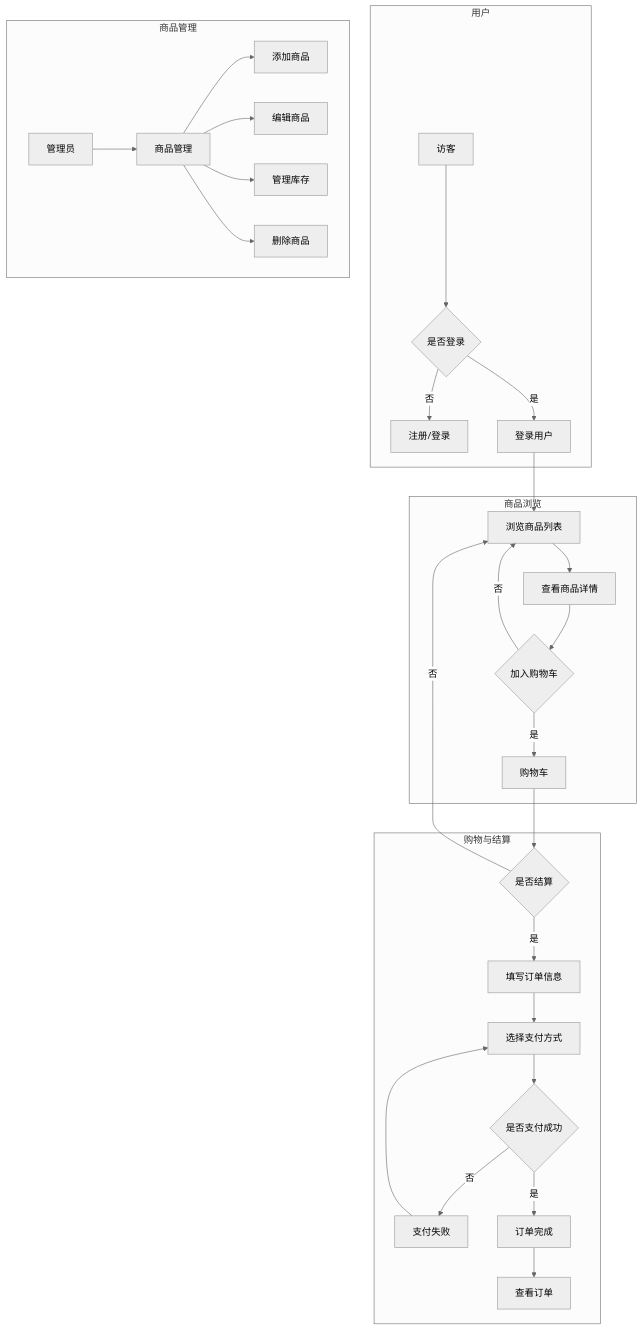
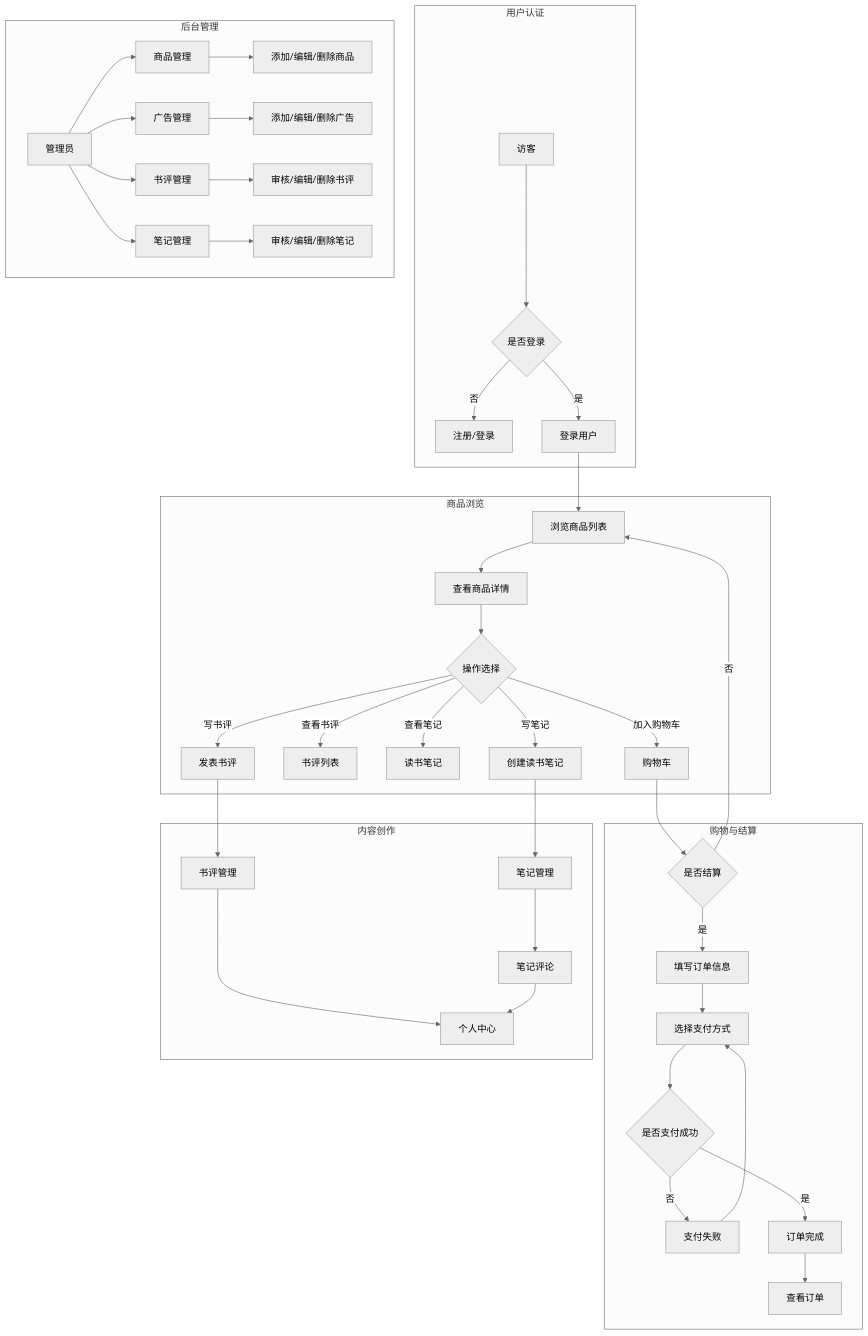
Before and after one commit to pilgrimlyieu/Tomato-Bookstore: the first of 7 diagrams in docs/lab/hci-design.md, drawn with Mermaid (neutral theme). The commit also changed other lines of this file and 15 other files, not shown here.

````diff
--- a/docs/lab/hci-design.md
+++ b/docs/lab/hci-design.md
@@ -37,36 +38,50 @@
 ```mermaid
 flowchart TD
-    subgraph 用户
+    subgraph 用户认证
         A[访客] --> B{是否登录}
         B -->|否| C[注册/登录]
         B -->|是| D[登录用户]
     end
 
     subgraph 商品浏览
         D --> E[浏览商品列表]
         E --> F[查看商品详情]
-        F --> G{加入购物车}
-        G -->|否| E
-        G -->|是| H[购物车]
+        F --> G{操作选择}
+        G -->|加入购物车| H[购物车]
+        G -->|查看书评| I[书评列表]
+        G -->|查看笔记| J[读书笔记]
+        G -->|写书评| K[发表书评]
+        G -->|写笔记| L[创建读书笔记]
     end
 
     subgraph 购物与结算
-        H --> I{是否结算}
-        I -->|否| E
-        I -->|是| J[填写订单信息]
-        J --> K[选择支付方式]
-        K --> L{是否支付成功}
-        L -->|否| M[支付失败]
-        L -->|是| N[订单完成]
-        M --> K
-        N --> O[查看订单]
+        H --> M{是否结算}
+        M -->|否| E
+        M -->|是| N[填写订单信息]
+        N --> O[选择支付方式]
+        O --> P{是否支付成功}
+        P -->|否| Q[支付失败]
+        P -->|是| R[订单完成]
+        Q --> O
+        R --> S[查看订单]
     end
 
-    subgraph 商品管理
-        P[管理员] --> Q[商品管理]
-        Q --> R[添加商品]
-        Q --> S[编辑商品]
-        Q --> T[管理库存]
-        Q --> U[删除商品]
+    subgraph 内容创作
+        K --> T[书评管理]
+        L --> U[笔记管理]
+        U --> V[笔记评论]
+        T --> W[个人中心]
+        V --> W
+    end
+
+    subgraph 后台管理
+        X[管理员] --> Y[商品管理]
+        X --> Z[广告管理]
+        X --> AA[书评管理]
+        X --> BB[笔记管理]
+        Y --> CC[添加/编辑/删除商品]
+        Z --> DD[添加/编辑/删除广告]
+        AA --> EE[审核/编辑/删除书评]
+        BB --> FF[审核/编辑/删除笔记]
     end
 ```
````
